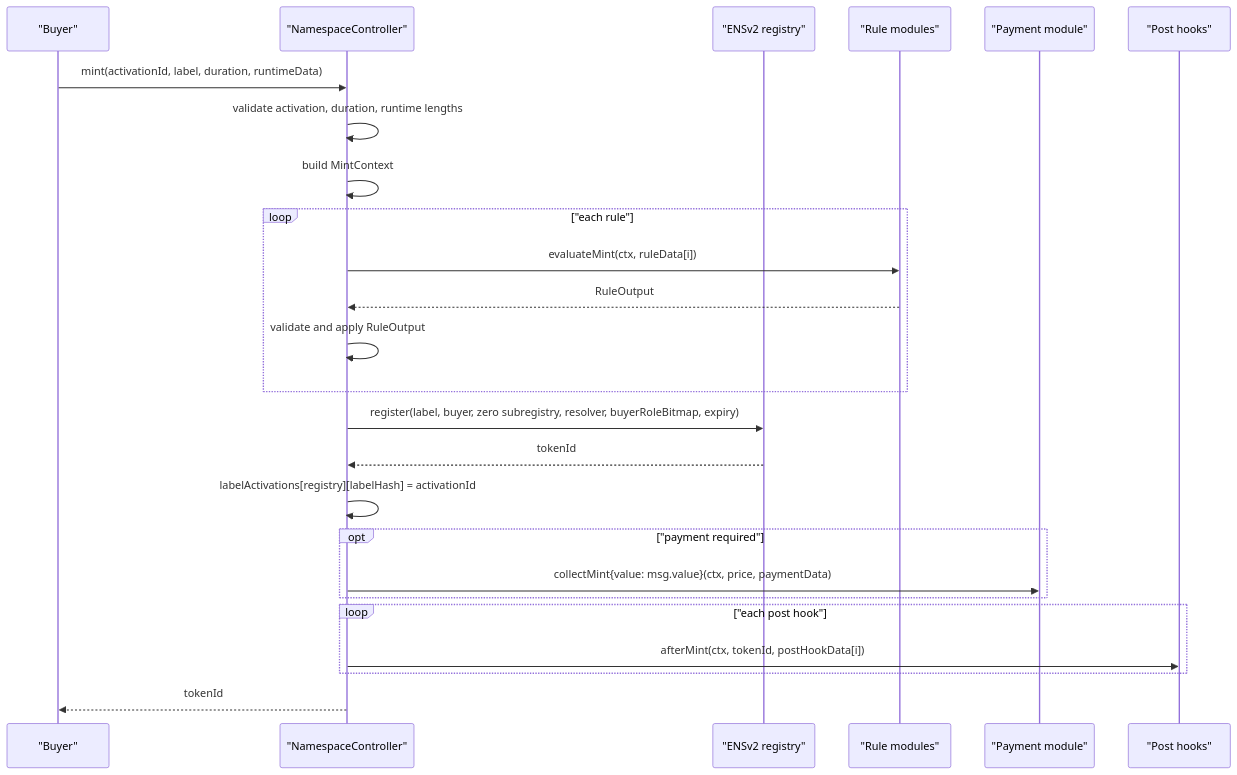
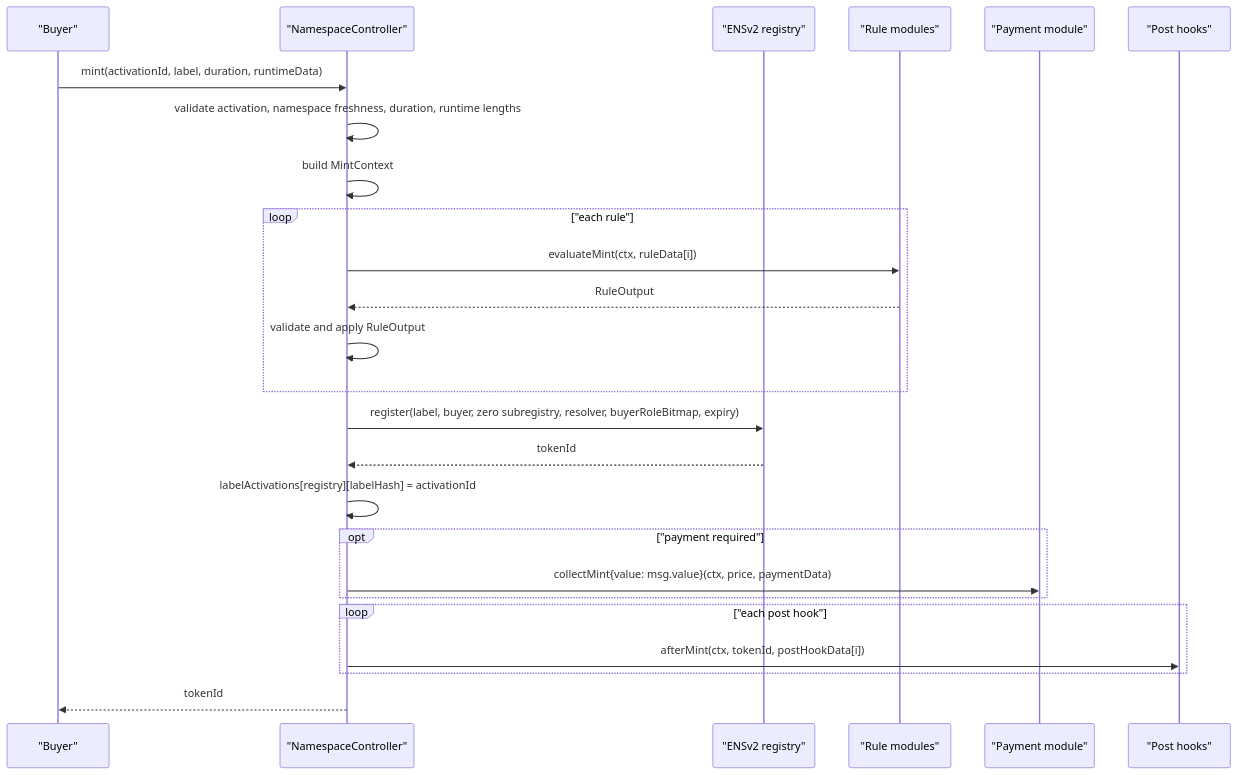
The second of 2 diagrams in docs/06-mint-flow.md (envoy1084/namespace-contracts-v2), drawn with Mermaid before and after one commit. The commit also changed other lines of this file and 25 other files, not shown here.

````diff
--- a/docs/06-mint-flow.md
+++ b/docs/06-mint-flow.md
@@ -52,28 +53,28 @@
 ```mermaid
 sequenceDiagram
     participant Buyer as "Buyer"
     participant Controller as "NamespaceController"
     participant Registry as "ENSv2 registry"
     participant Rule as "Rule modules"
     participant Payment as "Payment module"
     participant Hook as "Post hooks"
 
     Buyer->>Controller: mint(activationId, label, duration, runtimeData)
-    Controller->>Controller: validate activation, duration, runtime lengths
+    Controller->>Controller: validate activation, namespace freshness, duration, runtime lengths
     Controller->>Controller: build MintContext
     loop "each rule"
         Controller->>Rule: evaluateMint(ctx, ruleData[i])
         Rule-->>Controller: RuleOutput
         Controller->>Controller: validate and apply RuleOutput
     end
     Controller->>Registry: register(label, buyer, zero subregistry, resolver, buyerRoleBitmap, expiry)
     Registry-->>Controller: tokenId
     Controller->>Controller: labelActivations[registry][labelHash] = activationId
     opt "payment required"
         Controller->>Payment: collectMint{value: msg.value}(ctx, price, paymentData)
     end
     loop "each post hook"
         Controller->>Hook: afterMint(ctx, tokenId, postHookData[i])
     end
     Controller-->>Buyer: tokenId
 ```
````
